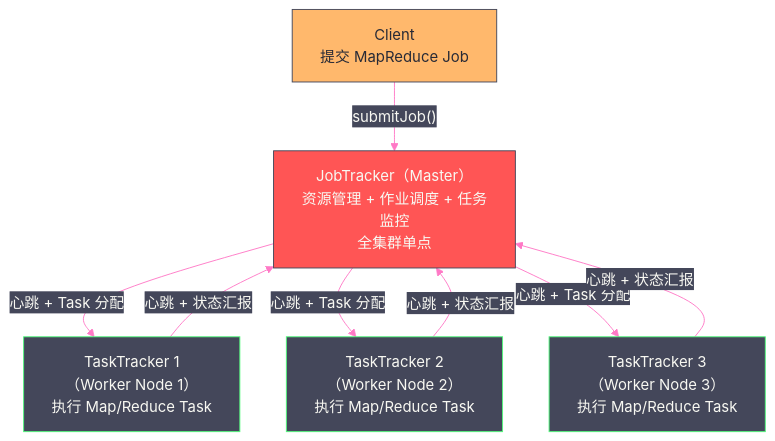
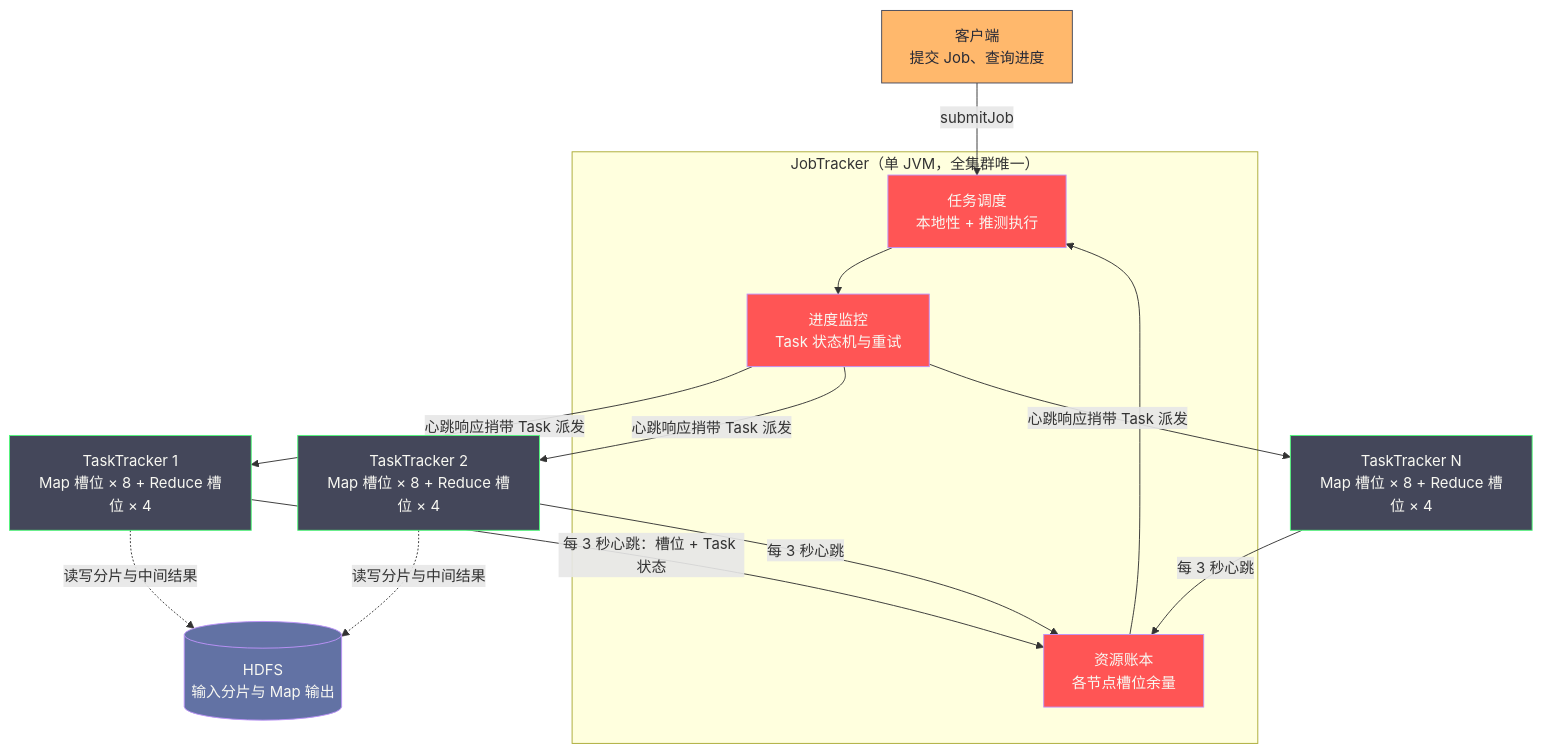
The first of 5 diagrams in content/大数据/Hadoop/Yarn/01 YARN 的诞生——从 MRv1 到资源管理与计算分离.md (hpliStartAgain/my-brain), drawn with Mermaid before and after one commit. The commit also changed other lines of this file and 455 other files, not shown here.

````diff
--- a/content/大数据/Hadoop/Yarn/01 YARN 的诞生——从 MRv1 到资源管理与计算分离.md
+++ b/content/大数据/Hadoop/Yarn/01 YARN 的诞生——从 MRv1 到资源管理与计算分离.md
@@ -38,25 +78,35 @@
 ```mermaid
-%%{init: {'theme': 'base', 'themeVariables': {'primaryColor': '#6272a4', 'primaryTextColor': '#f8f8f2', 'primaryBorderColor': '#bd93f9', 'lineColor': '#ff79c6', 'secondaryColor': '#44475a', 'tertiaryColor': '#282a36'}}}%%
+%%{init: {'theme': 'dracula'}}%%
 graph TD
-    Client["Client</br>提交 MapReduce Job"]
-    JT["JobTracker（Master）</br>资源管理 + 作业调度 + 任务监控</br>全集群单点"]
-    TT1["TaskTracker 1</br>（Worker Node 1）</br>执行 Map/Reduce Task"]
-    TT2["TaskTracker 2</br>（Worker Node 2）</br>执行 Map/Reduce Task"]
-    TT3["TaskTracker 3</br>（Worker Node 3）</br>执行 Map/Reduce Task"]
+    Client["客户端<br/>提交 Job、查询进度"]
+    subgraph JT["JobTracker（单 JVM，全集群唯一）"]
+        RM["资源账本<br/>各节点槽位余量"]
+        SCH["任务调度<br/>本地性 + 推测执行"]
+        MON["进度监控<br/>Task 状态机与重试"]
+    end
+    TT1["TaskTracker 1<br/>Map 槽位 × 8 + Reduce 槽位 × 4"]
+    TT2["TaskTracker 2<br/>Map 槽位 × 8 + Reduce 槽位 × 4"]
+    TT3["TaskTracker N<br/>Map 槽位 × 8 + Reduce 槽位 × 4"]
+    HDFS[("HDFS<br/>输入分片与 Map 输出")]
 
-    Client -- "submitJob()" --> JT
-    JT -- "心跳 + Task 分配" --> TT1
-    JT -- "心跳 + Task 分配" --> TT2
-    JT -- "心跳 + Task 分配" --> TT3
-    TT1 -- "心跳 + 状态汇报" --> JT
-    TT2 -- "心跳 + 状态汇报" --> JT
-    TT3 -- "心跳 + 状态汇报" --> JT
+    Client -- "submitJob" --> SCH
+    TT1 -- "每 3 秒心跳：槽位 + Task 状态" --> RM
+    TT2 -- "每 3 秒心跳" --> RM
+    TT3 -- "每 3 秒心跳" --> RM
+    RM --> SCH
+    SCH --> MON
+    MON -- "心跳响应捎带 Task 派发" --> TT1
+    MON -- "心跳响应捎带 Task 派发" --> TT2
+    MON -- "心跳响应捎带 Task 派发" --> TT3
+    TT1 -. "读写分片与中间结果" .-> HDFS
+    TT2 -. "读写分片与中间结果" .-> HDFS
 
-    classDef jt fill:#ff5555,stroke:#44475a,color:#f8f8f2
+    classDef jt fill:#ff5555,stroke:#bd93f9,color:#f8f8f2
     classDef tt fill:#44475a,stroke:#50fa7b,color:#f8f8f2
     classDef client fill:#ffb86c,stroke:#44475a,color:#282a36
-
-    class JT jt
+    classDef store fill:#6272a4,stroke:#bd93f9,color:#f8f8f2
+    class RM,SCH,MON jt
     class TT1,TT2,TT3 tt
     class Client client
+    class HDFS store
 ```
````
